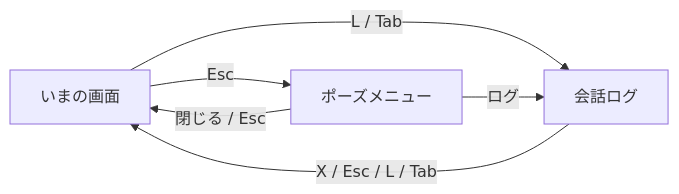
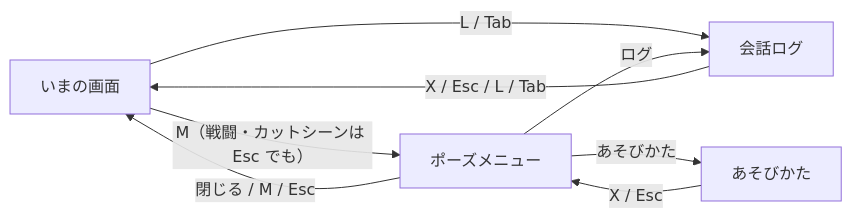
The second of 3 diagrams in wiki/09_システム/02_画面遷移.md (takutoruku1/algo_shoot), drawn with Mermaid before and after one commit. The commit also changed other lines of this file and 73 other files, not shown here.

````diff
--- a/wiki/09_システム/02_画面遷移.md
+++ b/wiki/09_システム/02_画面遷移.md
@@ -72,11 +76,14 @@
 ```mermaid
 flowchart LR
   ANY["いまの画面"]
   PAUSE["ポーズメニュー"]
   LOG["会話ログ"]
-  ANY -->|Esc| PAUSE
-  PAUSE -->|閉じる / Esc| ANY
+  HOWTO["あそびかた"]
+  ANY -->|M（戦闘・カットシーンは Esc でも）| PAUSE
+  PAUSE -->|閉じる / M / Esc| ANY
   ANY -->|L / Tab| LOG
   LOG -->|X / Esc / L / Tab| ANY
   PAUSE -->|ログ| LOG
+  PAUSE -->|あそびかた| HOWTO
+  HOWTO -->|X / Esc| PAUSE
 ```
````
